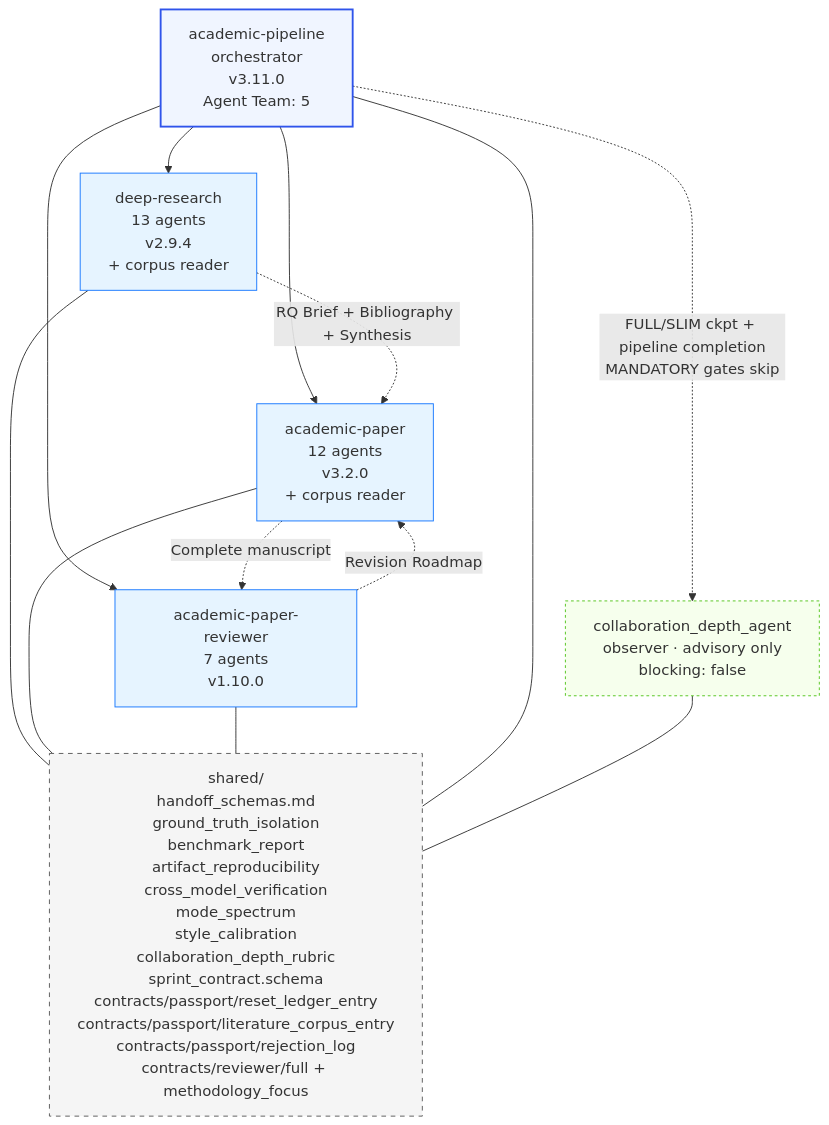
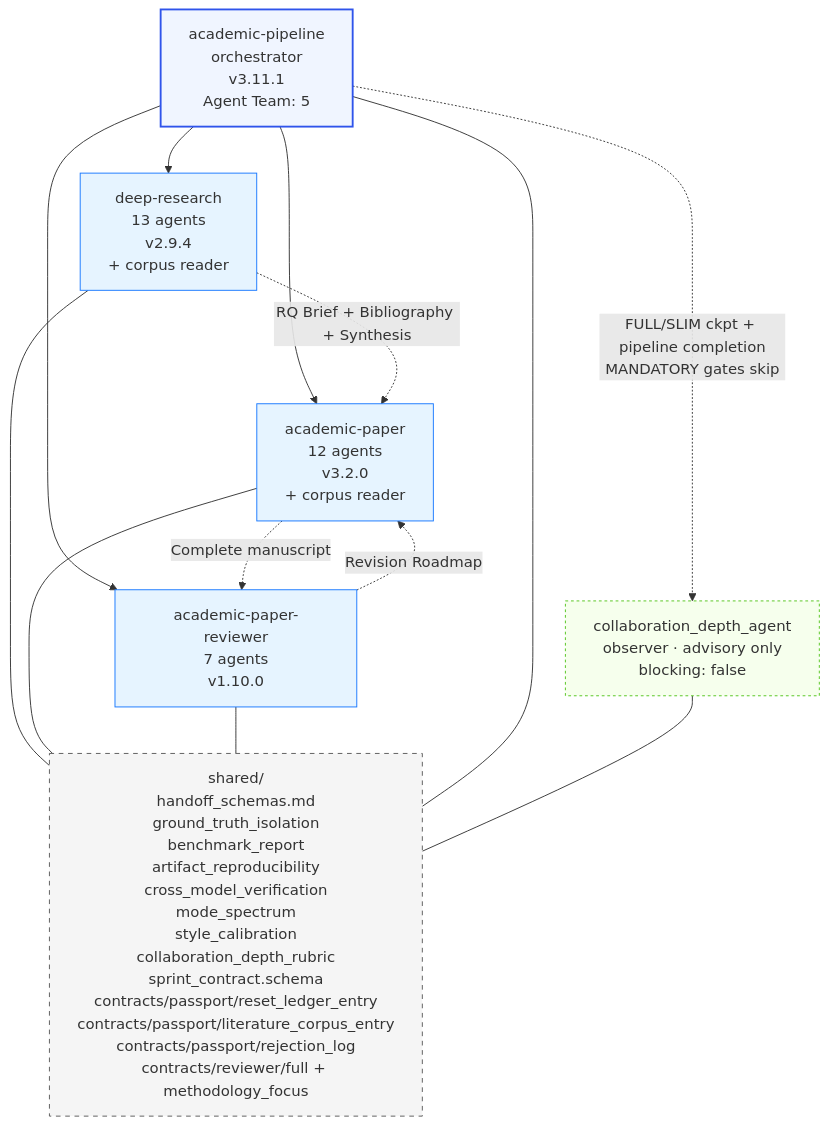
The fourth of 5 diagrams in skills/Imbad0202--academic-research-skills/docs/ARCHITECTURE.md (thereisnotime/skills-collection), drawn with Mermaid before and after one commit. The commit also changed other lines of this file and 399 other files, not shown here.

Commit message:
sync: update skills repos, readme and charts

````diff
--- a/skills/Imbad0202--academic-research-skills/docs/ARCHITECTURE.md
+++ b/skills/Imbad0202--academic-research-skills/docs/ARCHITECTURE.md
@@ -201,31 +201,31 @@
 ```mermaid
 graph TD
-    Pipeline[academic-pipeline<br/>orchestrator<br/>v3.11.0<br/>Agent Team: 5]
+    Pipeline[academic-pipeline<br/>orchestrator<br/>v3.11.1<br/>Agent Team: 5]
     Observer[collaboration_depth_agent<br/>observer · advisory only<br/>blocking: false]
     DR[deep-research<br/>13 agents<br/>v2.9.4<br/>+ corpus reader]
     AP[academic-paper<br/>12 agents<br/>v3.2.0<br/>+ corpus reader]
     APR[academic-paper-reviewer<br/>7 agents<br/>v1.10.0]
     Shared[shared/<br/>handoff_schemas.md<br/>ground_truth_isolation<br/>benchmark_report<br/>artifact_reproducibility<br/>cross_model_verification<br/>mode_spectrum<br/>style_calibration<br/>collaboration_depth_rubric<br/>sprint_contract.schema<br/>contracts/passport/reset_ledger_entry<br/>contracts/passport/literature_corpus_entry<br/>contracts/passport/rejection_log<br/>contracts/reviewer/full + methodology_focus]
 
     Pipeline --> DR
     Pipeline --> AP
     Pipeline --> APR
     Pipeline -. "FULL/SLIM ckpt + pipeline completion<br/>MANDATORY gates skip" .-> Observer
     DR -. "RQ Brief + Bibliography + Synthesis" .-> AP
     AP -. "Complete manuscript" .-> APR
     APR -. "Revision Roadmap" .-> AP
     DR --- Shared
     AP --- Shared
     APR --- Shared
     Pipeline --- Shared
     Observer --- Shared
 
     classDef orch fill:#f0f5ff,stroke:#2f54eb,stroke-width:2px
     classDef skill fill:#e6f4ff,stroke:#1677ff
     classDef shared fill:#f5f5f5,stroke:#595959,stroke-dasharray:5 5
     classDef observer fill:#f6ffed,stroke:#52c41a,stroke-dasharray:3 3
     class Pipeline orch
     class DR,AP,APR skill
     class Shared shared
     class Observer observer
 ```
````
